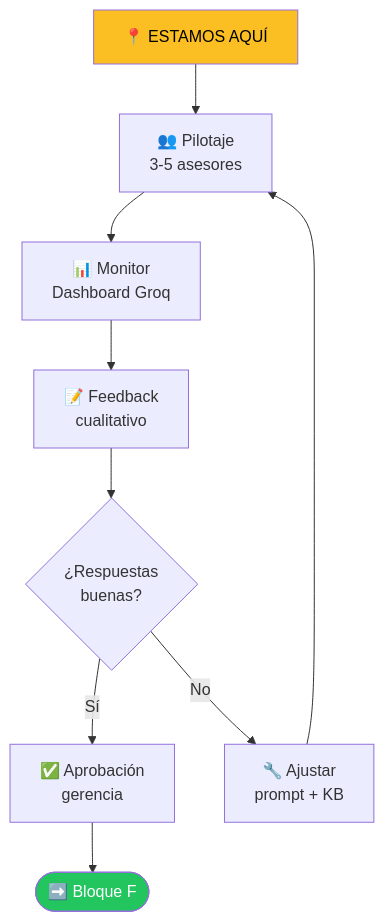
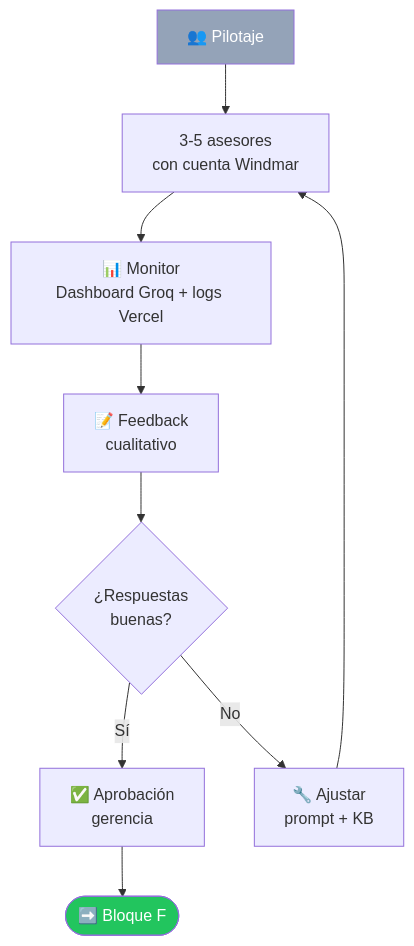
Before and after one commit to JnSbstnRivera/WINDMAR-AI-AGENT: the ninth of 14 diagrams in ROADMAP.md, drawn with Mermaid. The commit also changed other lines of this file and 48 other files, not shown here.

````diff
--- a/ROADMAP.md
+++ b/ROADMAP.md
@@ -208,15 +241,15 @@
 ```mermaid
 flowchart TD
-    E[📍 ESTAMOS AQUÍ]
-    E --> E1[👥 Pilotaje<br/>3-5 asesores]
-    E1 --> E2[📊 Monitor<br/>Dashboard Groq]
+    E[👥 Pilotaje]
+    E --> E1[3-5 asesores<br/>con cuenta Windmar]
+    E1 --> E2[📊 Monitor<br/>Dashboard Groq + logs Vercel]
     E2 --> E3[📝 Feedback<br/>cualitativo]
     E3 --> E4{¿Respuestas<br/>buenas?}
     E4 -->|Sí| E5[✅ Aprobación<br/>gerencia]
     E4 -->|No| E6[🔧 Ajustar<br/>prompt + KB]
     E6 --> E1
     E5 --> Next([➡️ Bloque F])
 
-    style E fill:#fbbf24,color:#000
+    style E fill:#94a3b8,color:#fff
     style Next fill:#22c55e,color:#fff
 ```
````
